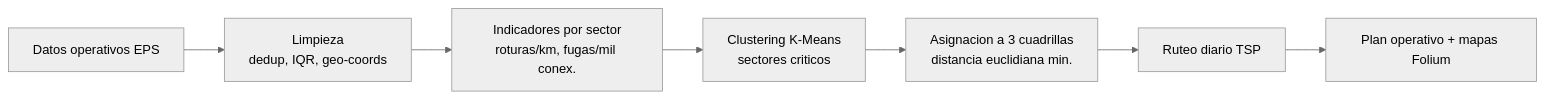
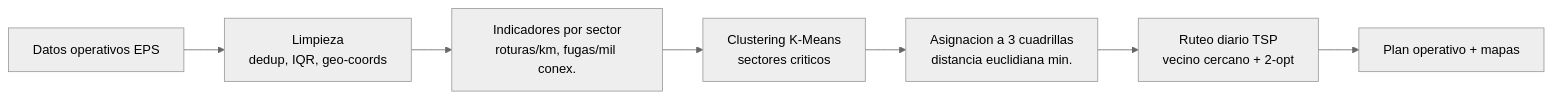
Before and after one commit to Alvaro192023/datathon-sunass-2026: the diagram in README.md, drawn with Mermaid (neutral theme). The commit also changed other lines of this file and 7 other files, not shown here.

````diff
--- a/README.md
+++ b/README.md
@@ -15,9 +11,9 @@
 ```mermaid
 flowchart LR
     A[Datos operativos EPS] --> B[Limpieza<br/>dedup, IQR, geo-coords]
     B --> C[Indicadores por sector<br/>roturas/km, fugas/mil conex.]
     C --> D[Clustering K-Means<br/>sectores criticos]
     D --> E[Asignacion a 3 cuadrillas<br/>distancia euclidiana min.]
-    E --> F[Ruteo diario TSP]
-    F --> G[Plan operativo + mapas Folium]
+    E --> F[Ruteo diario TSP<br/>vecino cercano + 2-opt]
+    F --> G[Plan operativo + mapas]
 ```
````
